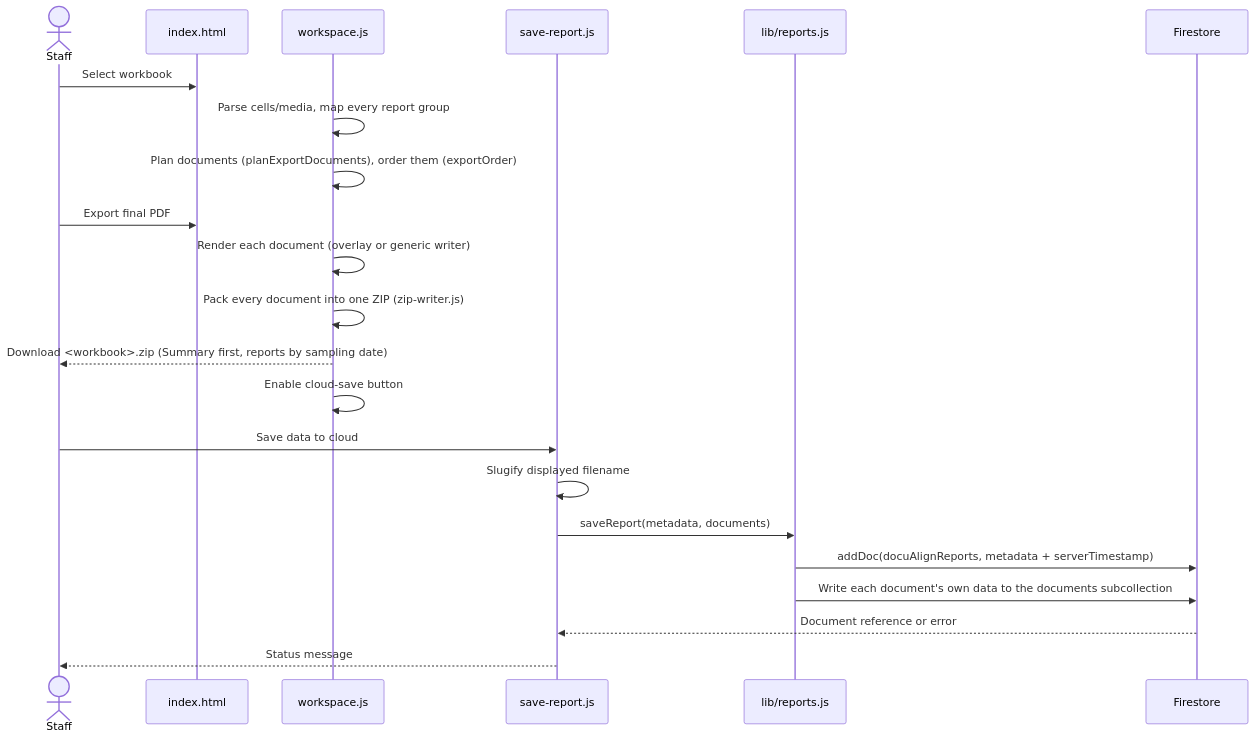
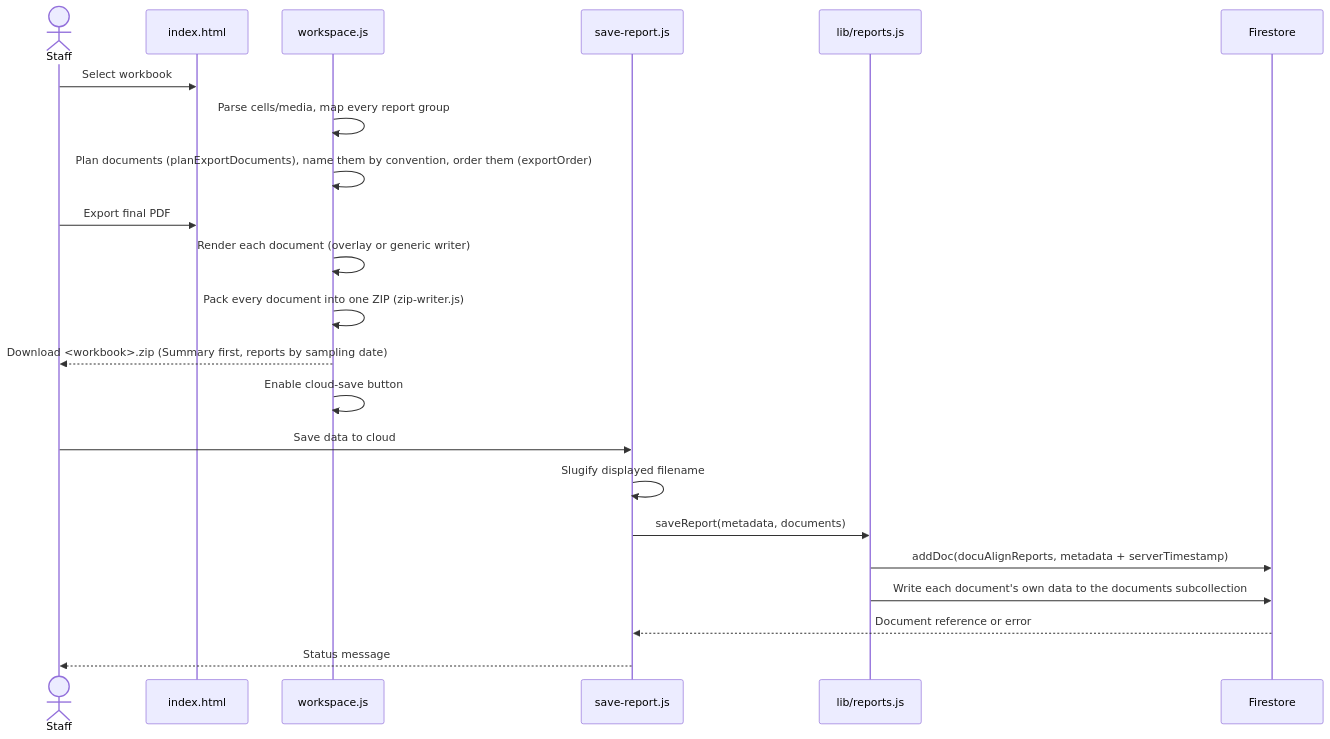
The third of 6 diagrams in documentation/project-guide.md (Yanguangchen/DocuAlign), drawn with Mermaid before and after one commit. The commit also changed other lines of this file and 6 other files, not shown here.

First line of the commit message:
Name exported documents the way the lab names them by hand

````diff
--- a/documentation/project-guide.md
+++ b/documentation/project-guide.md
@@ -235,25 +235,25 @@
 ```mermaid
 sequenceDiagram
     actor Staff
     participant Page as index.html
     participant Workspace as workspace.js
     participant Save as save-report.js
     participant Reports as lib/reports.js
     participant DB as Firestore
 
     Staff->>Page: Select workbook
     Workspace->>Workspace: Parse cells/media, map every report group
-    Workspace->>Workspace: Plan documents (planExportDocuments), order them (exportOrder)
+    Workspace->>Workspace: Plan documents (planExportDocuments), name them by convention, order them (exportOrder)
     Staff->>Page: Export final PDF
     Workspace->>Workspace: Render each document (overlay or generic writer)
     Workspace->>Workspace: Pack every document into one ZIP (zip-writer.js)
     Workspace-->>Staff: Download <workbook>.zip (Summary first, reports by sampling date)
     Workspace->>Workspace: Enable cloud-save button
     Staff->>Save: Save data to cloud
     Save->>Save: Slugify displayed filename
     Save->>Reports: saveReport(metadata, documents)
     Reports->>DB: addDoc(docuAlignReports, metadata + serverTimestamp)
     Reports->>DB: Write each document's own data to the documents subcollection
     DB-->>Save: Document reference or error
     Save-->>Staff: Status message
 ```
````
